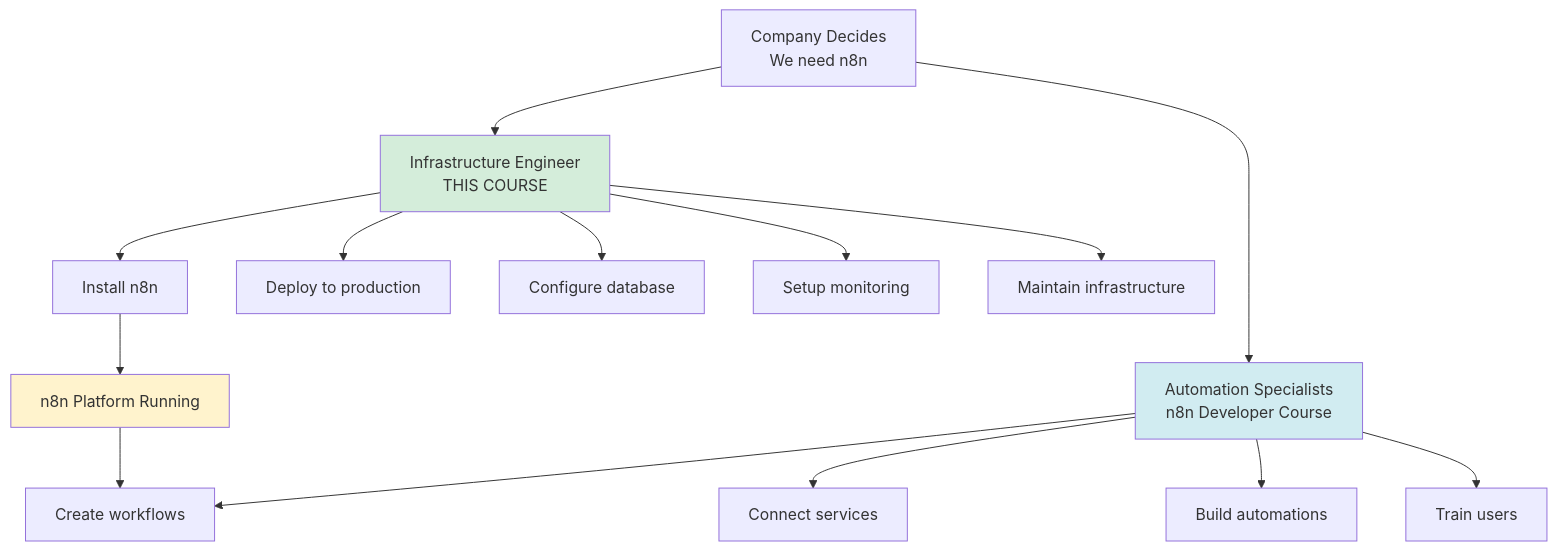
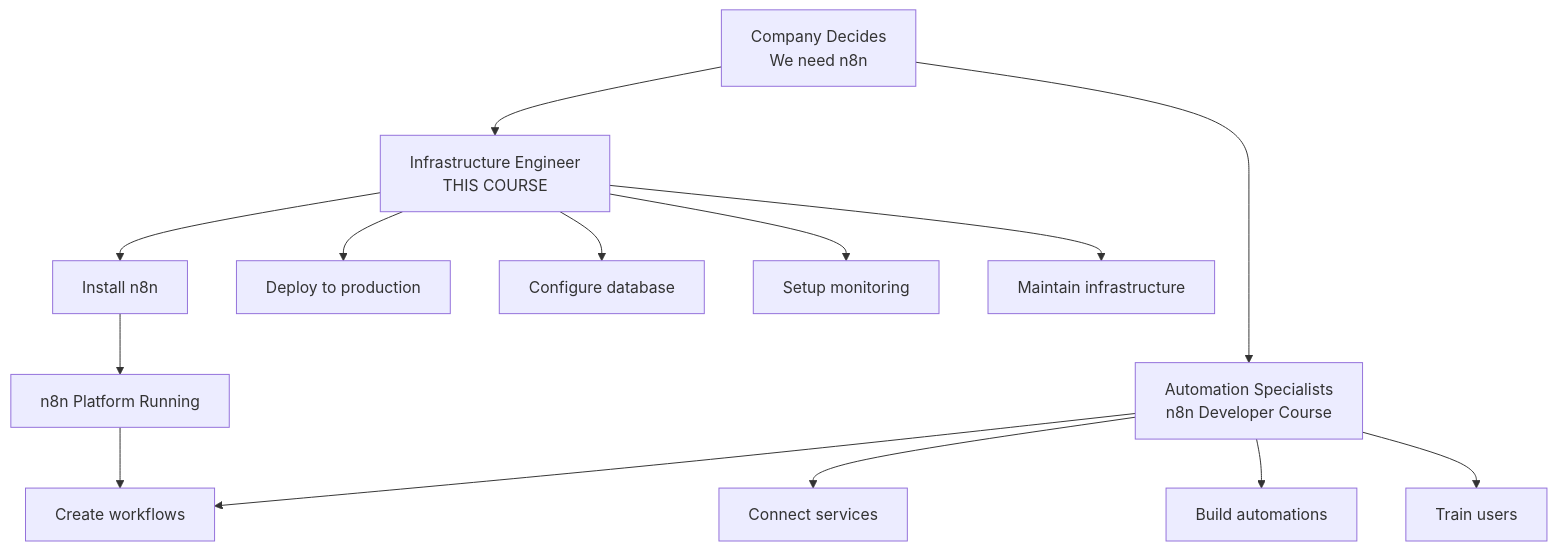
The sixth of 7 diagrams in lessons/01-foundations/theory/05-using-vs-implementing.md (wtoloza-dev/ZTH-n8n-Engineer), drawn with Mermaid before and after one commit. The commit also changed other lines of this file and 31 other files, not shown here.

````diff
--- a/lessons/01-foundations/theory/05-using-vs-implementing.md
+++ b/lessons/01-foundations/theory/05-using-vs-implementing.md
@@ -262,23 +257,20 @@
 ```mermaid
 graph TD
     A[Company Decides<br/>We need n8n] --> B[Infrastructure Engineer<br/>THIS COURSE]
     A --> C[Automation Specialists<br/>n8n Developer Course]
     
     B --> B1[Install n8n]
     B --> B2[Deploy to production]
     B --> B3[Configure database]
     B --> B4[Setup monitoring]
     B --> B5[Maintain infrastructure]
     
     C --> C1[Create workflows]
     C --> C2[Connect services]
     C --> C3[Build automations]
     C --> C4[Train users]
     
     B1 --> D[n8n Platform Running]
     D --> C1
     
-    style B fill:#d4edda
-    style C fill:#d1ecf1
-    style D fill:#fff3cd
 ```
````
